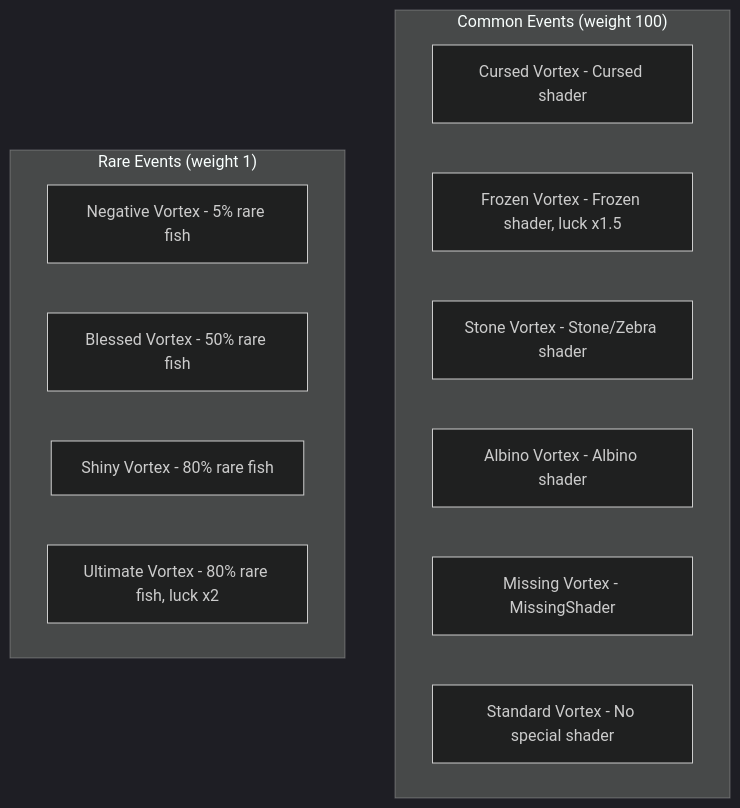
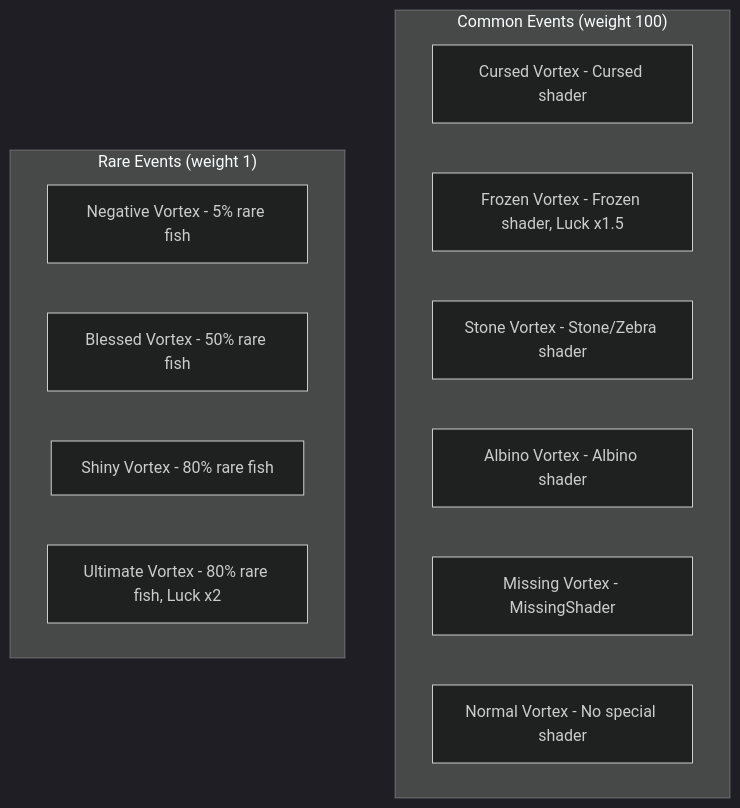
The tenth of 18 diagrams in docs/gamedata-en.md (SeaLoong/Fish-Udon-Raw-Ilcode), drawn with Mermaid (dark theme) before and after one commit. The commit also changed other lines of this file and 1 other file, not shown here.

````diff
--- a/docs/gamedata-en.md
+++ b/docs/gamedata-en.md
@@ -443,17 +780,17 @@
 ```mermaid
 flowchart TD
-    subgraph Common["Common Events (weight 100)"]
+    subgraph CommonEvents["Common Events (weight 100)"]
         E1["Cursed Vortex - Cursed shader"]
-        E2["Frozen Vortex - Frozen shader, luck x1.5"]
+        E2["Frozen Vortex - Frozen shader, Luck x1.5"]
         E3["Stone Vortex - Stone/Zebra shader"]
         E4["Albino Vortex - Albino shader"]
         E5["Missing Vortex - MissingShader"]
-        E6["Standard Vortex - No special shader"]
+        E6["Normal Vortex - No special shader"]
     end
-    subgraph Rare["Rare Events (weight 1)"]
+    subgraph RareEvents["Rare Events (weight 1)"]
         E7["Negative Vortex - 5% rare fish"]
         E8["Blessed Vortex - 50% rare fish"]
         E9["Shiny Vortex - 80% rare fish"]
-        E10["Ultimate Vortex - 80% rare fish, luck x2"]
+        E10["Ultimate Vortex - 80% rare fish, Luck x2"]
     end
 ```
````
